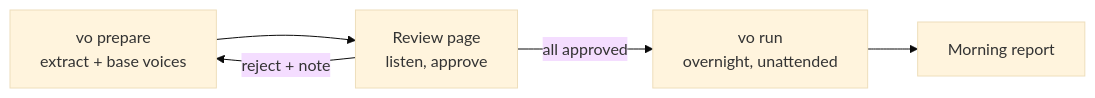
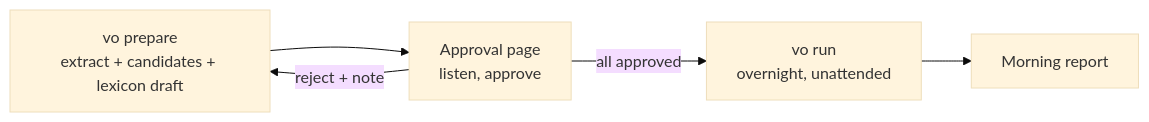
One commit to JackInSightsV2/VoiceForever changed the second of 2 diagrams in VoiceForever — Build Spec.md. Above: the diagram before and after it, drawn with Mermaid (base theme). The commit also changed other lines of this file and 3 other files, not shown here.

````diff
--- a/VoiceForever — Build Spec.md
+++ b/VoiceForever — Build Spec.md
@@ -50,7 +53,7 @@
 ```mermaid
 flowchart LR
-  A[vo prepare<br/>extract + base voices] --> B[Review page<br/>listen, approve]
+  A[vo prepare<br/>extract + candidates + lexicon draft] --> B[Approval page<br/>listen, approve]
   B -- reject + note --> A
   B -- all approved --> C[vo run<br/>overnight, unattended]
   C --> D[Morning report]
 ```
````
